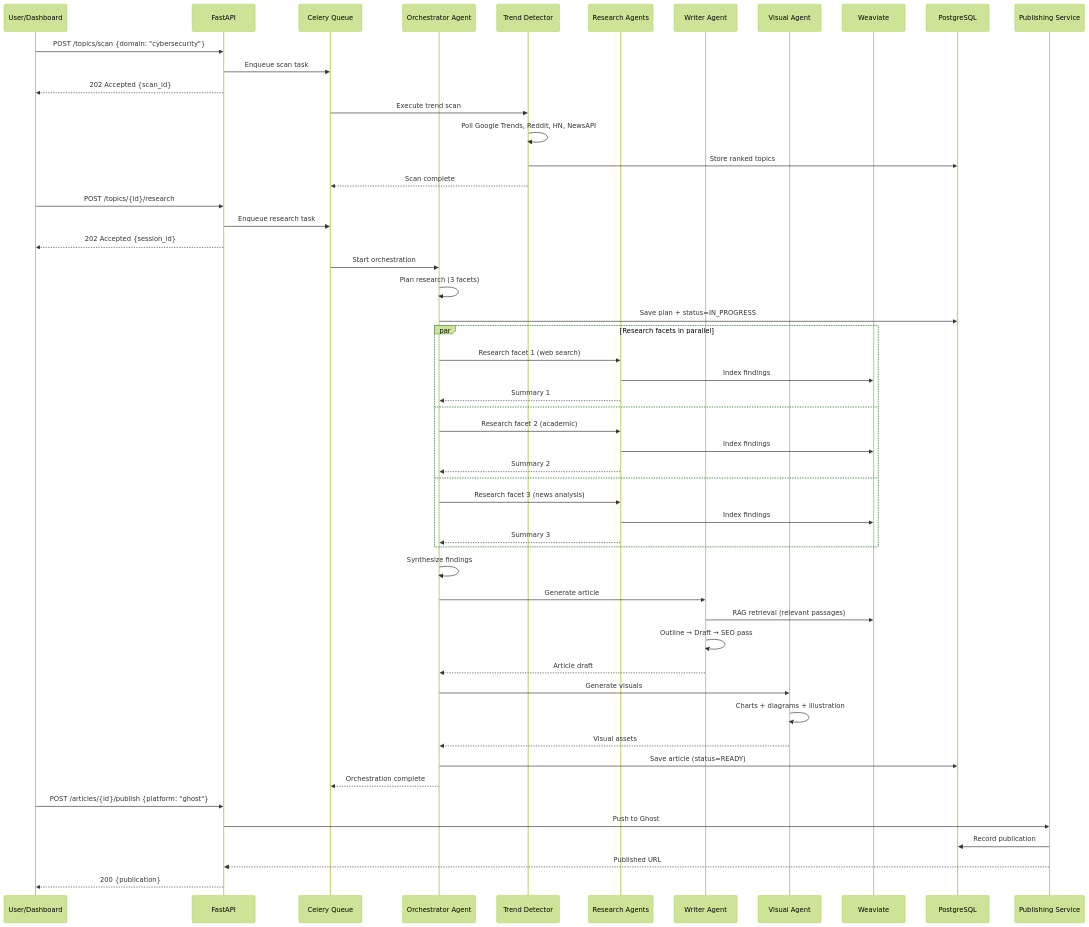
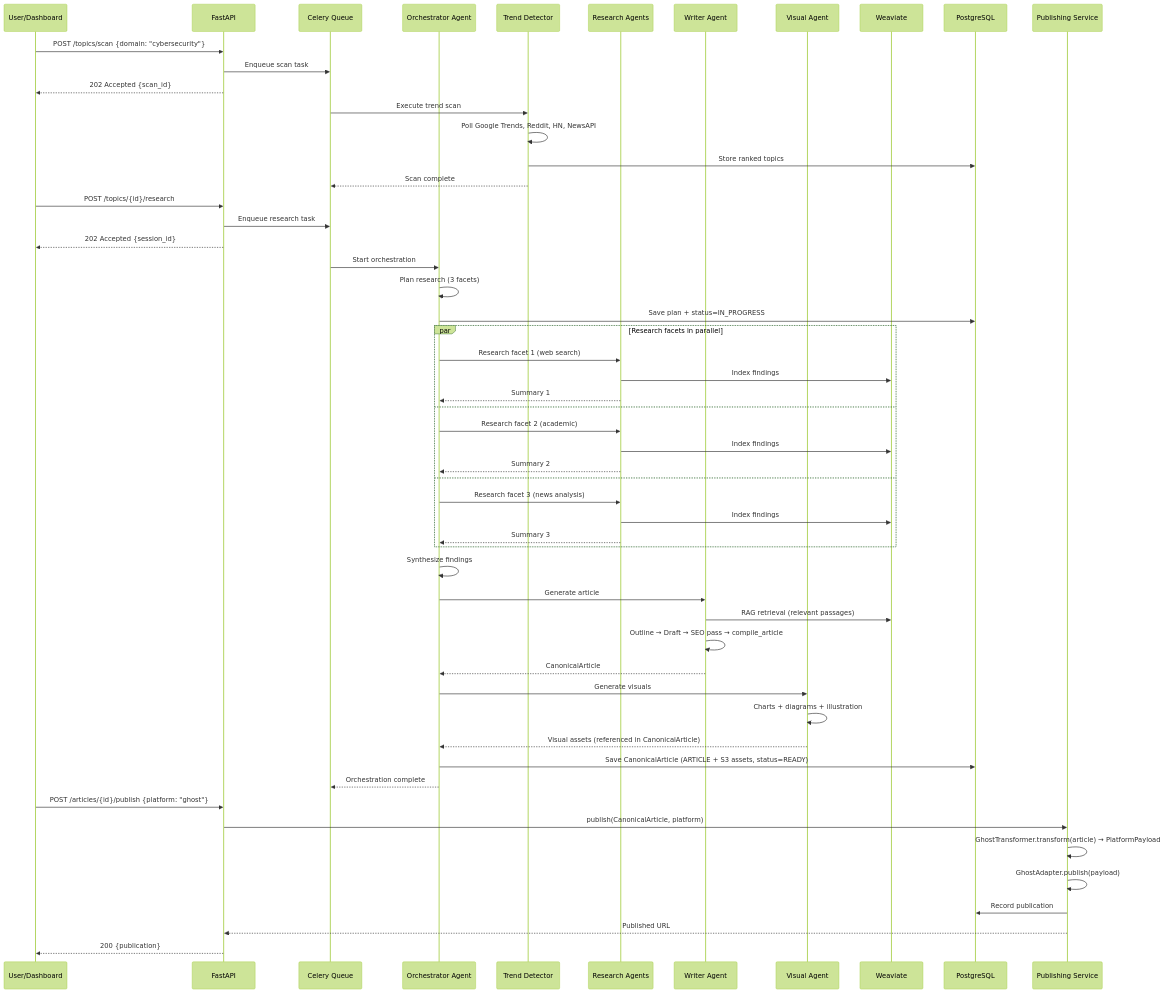
The second of 2 diagrams in docs/architecture/LOW_LEVEL_ARCHITECTURE.md (gmangesh77/cognify), drawn with Mermaid (forest theme) before and after one commit. The commit also changed other lines of this file and 1 other file, not shown here.

Commit message:
updated architecture docs according Architecture modularity review doc

````diff
--- a/docs/architecture/LOW_LEVEL_ARCHITECTURE.md
+++ b/docs/architecture/LOW_LEVEL_ARCHITECTURE.md
@@ -232,64 +254,66 @@
 ```mermaid
 sequenceDiagram
     participant U as User/Dashboard
     participant API as FastAPI
     participant Q as Celery Queue
     participant O as Orchestrator Agent
     participant T as Trend Detector
     participant R as Research Agents
     participant W as Writer Agent
     participant V as Visual Agent
     participant WV as Weaviate
     participant PG as PostgreSQL
     participant PUB as Publishing Service
 
     U->>API: POST /topics/scan {domain: "cybersecurity"}
     API->>Q: Enqueue scan task
     API-->>U: 202 Accepted {scan_id}
 
     Q->>T: Execute trend scan
     T->>T: Poll Google Trends, Reddit, HN, NewsAPI
     T->>PG: Store ranked topics
     T-->>Q: Scan complete
 
     U->>API: POST /topics/{id}/research
     API->>Q: Enqueue research task
     API-->>U: 202 Accepted {session_id}
 
     Q->>O: Start orchestration
     O->>O: Plan research (3 facets)
     O->>PG: Save plan + status=IN_PROGRESS
 
     par Research facets in parallel
         O->>R: Research facet 1 (web search)
         R->>WV: Index findings
         R-->>O: Summary 1
     and
         O->>R: Research facet 2 (academic)
         R->>WV: Index findings
         R-->>O: Summary 2
     and
         O->>R: Research facet 3 (news analysis)
         R->>WV: Index findings
         R-->>O: Summary 3
     end
 
     O->>O: Synthesize findings
     O->>W: Generate article
     W->>WV: RAG retrieval (relevant passages)
-    W->>W: Outline → Draft → SEO pass
-    W-->>O: Article draft
+    W->>W: Outline → Draft → SEO pass → compile_article
+    W-->>O: CanonicalArticle
 
     O->>V: Generate visuals
     V->>V: Charts + diagrams + illustration
-    V-->>O: Visual assets
+    V-->>O: Visual assets (referenced in CanonicalArticle)
 
-    O->>PG: Save article (status=READY)
+    O->>PG: Save CanonicalArticle (ARTICLE + S3 assets, status=READY)
     O-->>Q: Orchestration complete
 
     U->>API: POST /articles/{id}/publish {platform: "ghost"}
-    API->>PUB: Push to Ghost
+    API->>PUB: publish(CanonicalArticle, platform)
+    PUB->>PUB: GhostTransformer.transform(article) → PlatformPayload
+    PUB->>PUB: GhostAdapter.publish(payload)
     PUB->>PG: Record publication
     PUB-->>API: Published URL
     API-->>U: 200 {publication}
 ```
````
